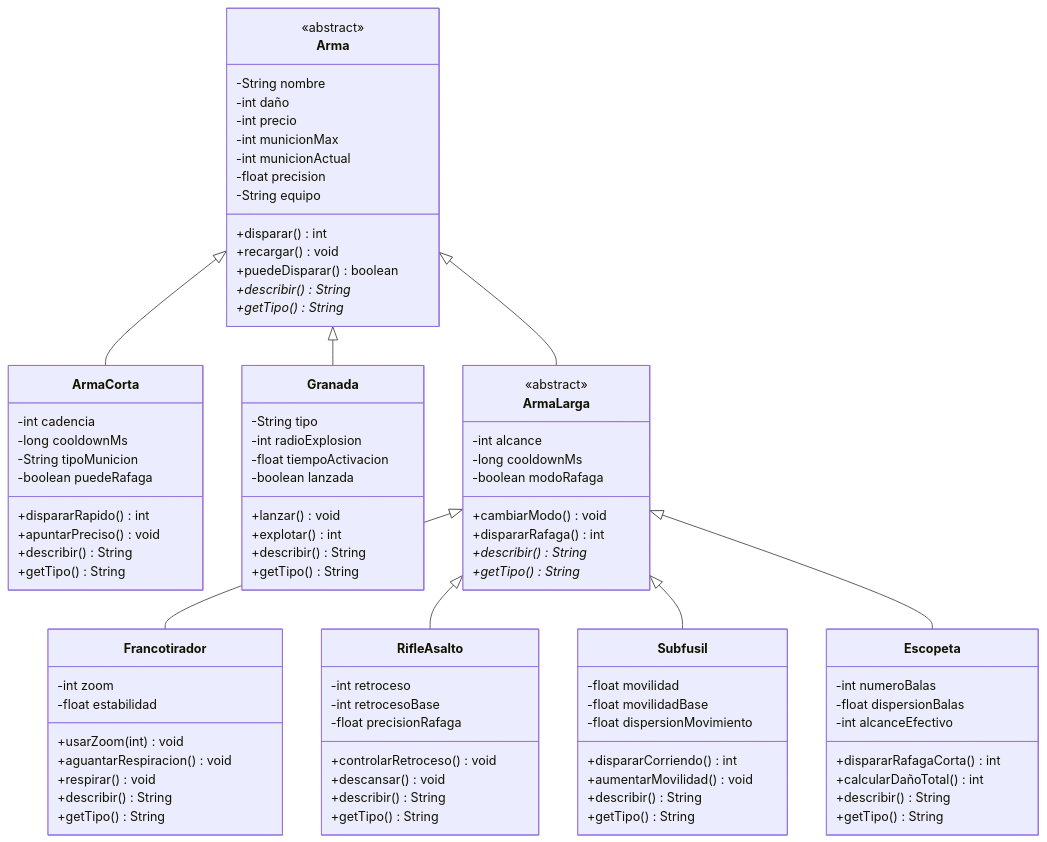
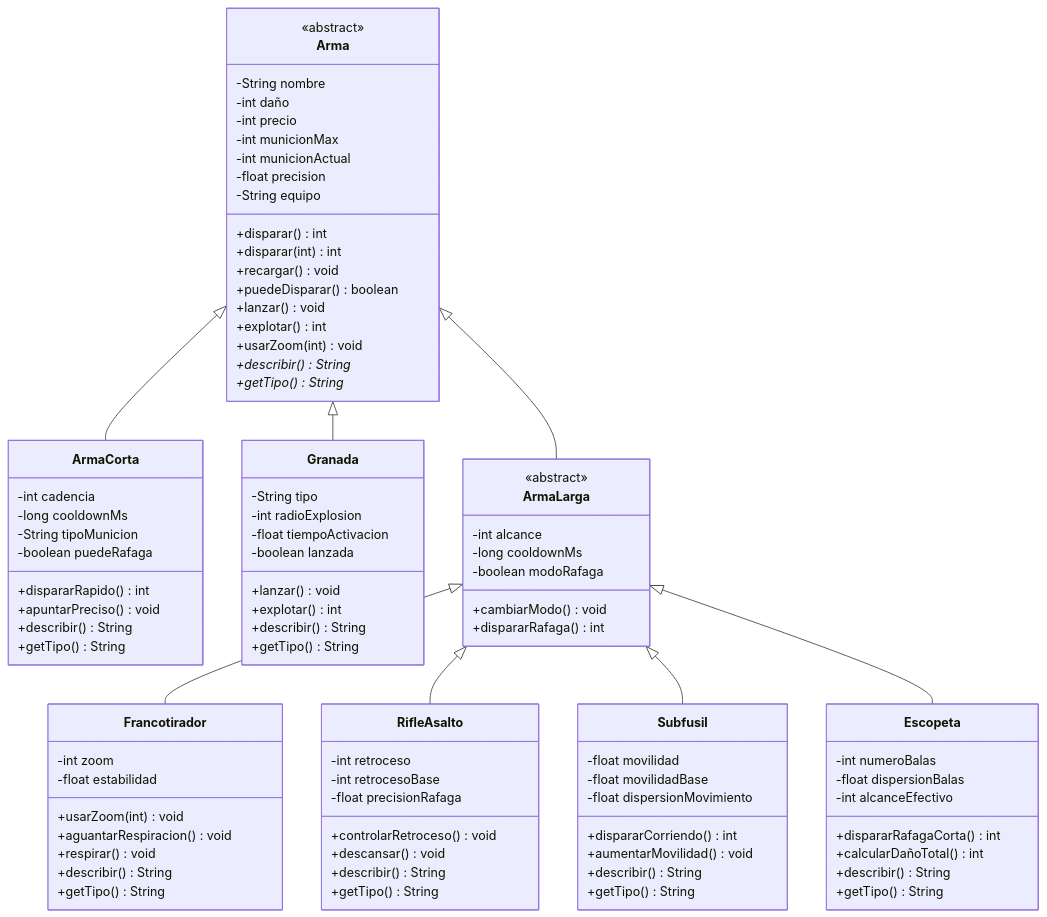
Before and after one commit to Vanzfranhait/mj-taller-git-2026: the diagram in README.md, drawn with Mermaid. The commit also changed other lines of this file, not shown here.

Commit message:
docs: README completo con endpoints, Mermaid alineado, sobrecarga/sobreescritura y licencia

```diff
--- a/README.md
+++ b/README.md
@@ -48,8 +99,12 @@
         -float precision
         -String equipo
         +disparar() int
+        +disparar(int) int
         +recargar() void
         +puedeDisparar() boolean
+        +lanzar() void
+        +explotar() int
+        +usarZoom(int) void
         +describir()* String
         +getTipo()* String
     }
@@ -83,8 +138,6 @@
         -boolean modoRafaga
         +cambiarModo() void
         +dispararRafaga() int
-        +describir()* String
-        +getTipo()* String
     }
 
     class Francotirador {
```
